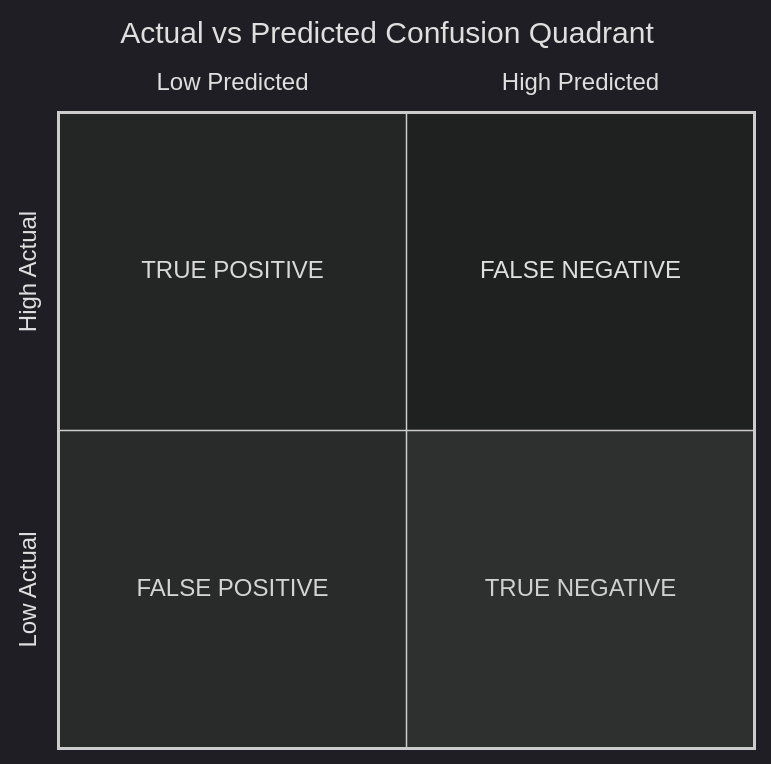
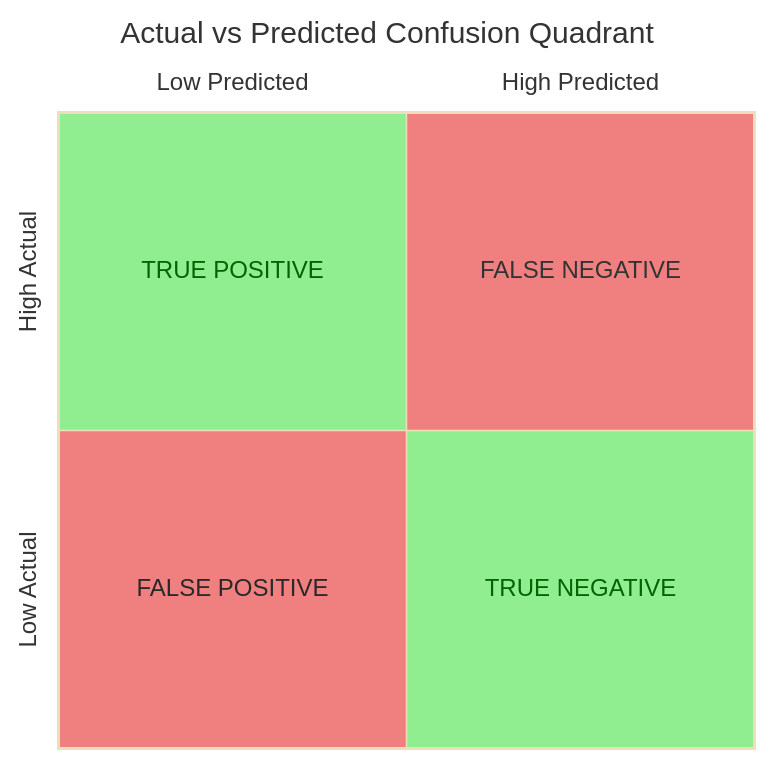
Before and after one commit to VanshDeshwal/notes: the seventh of 7 diagrams in Data Science Notes/100 days of ML/Machine Learning Notes.md, drawn with Mermaid.

Commit message:
vault backup: 2025-08-05 01:44:06

````diff
--- a/Data Science Notes/100 days of ML/Machine Learning Notes.md
+++ b/Data Science Notes/100 days of ML/Machine Learning Notes.md
@@ -1555,18 +1555,23 @@
 ```mermaid
 %%{init: {
-  "theme": "dark",
+  "theme": "base",
   "themeVariables": {
-    "titleColor": "#ffffff",
-    "axisTextColor": "#ffffff"
+    "quadrant1Fill": "#f08080",
+    "quadrant2TextFill": "#006400",
+    "quadrant2Fill": "#90ee90",
+    "quadrant3Fill": "#f08080",
+    "quadrant4TextFill": "#006400",
+    "quadrant4Fill": "#90ee90"
+ 
   }
 }}%%
 quadrantChart
     title Actual vs Predicted Confusion Quadrant
     x-axis Low Predicted --> High Predicted
     y-axis Low Actual --> High Actual
     quadrant-1 FALSE NEGATIVE
     quadrant-2 TRUE POSITIVE
     quadrant-3 FALSE POSITIVE
     quadrant-4 TRUE NEGATIVE
 
 ```
````
